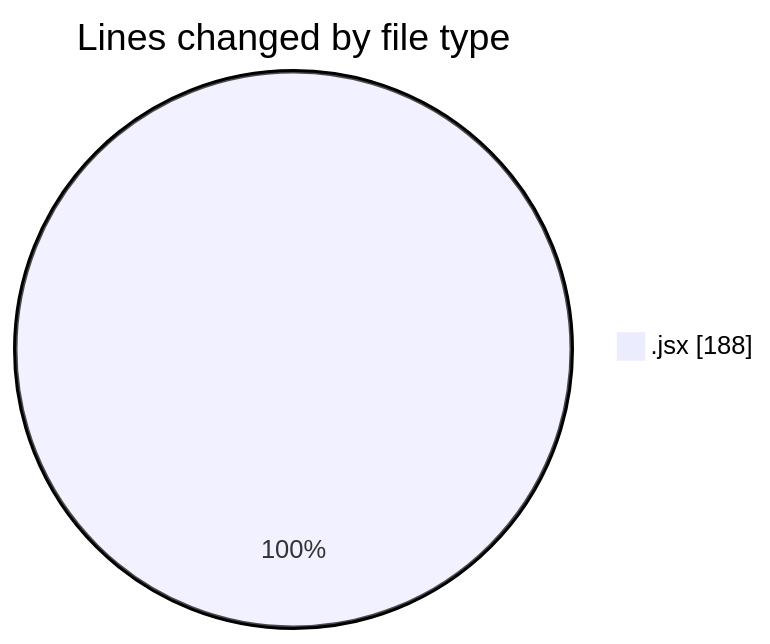
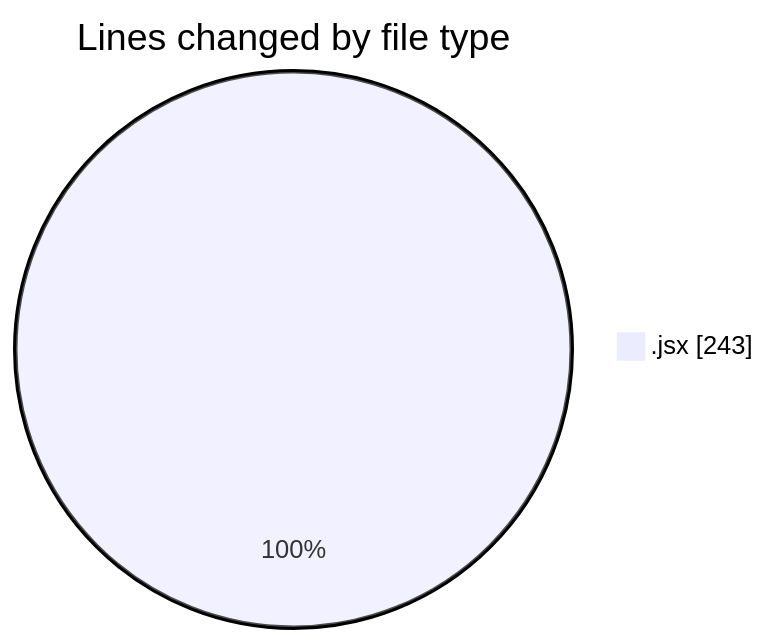
One commit to Elitesun/code-tracking changed the first of 2 diagrams in 2025-03-01/react_ecom/README.md. Above: the diagram before and after it, drawn with Mermaid. The commit also changed other lines of this file and 1 other file, not shown here.

````diff
--- a/2025-03-01/react_ecom/README.md
+++ b/2025-03-01/react_ecom/README.md
@@ -22,5 +22,5 @@
 ```mermaid
 pie showData
 title Lines changed by file type
-".jsx" : 188
+".jsx" : 243
 ```
````
